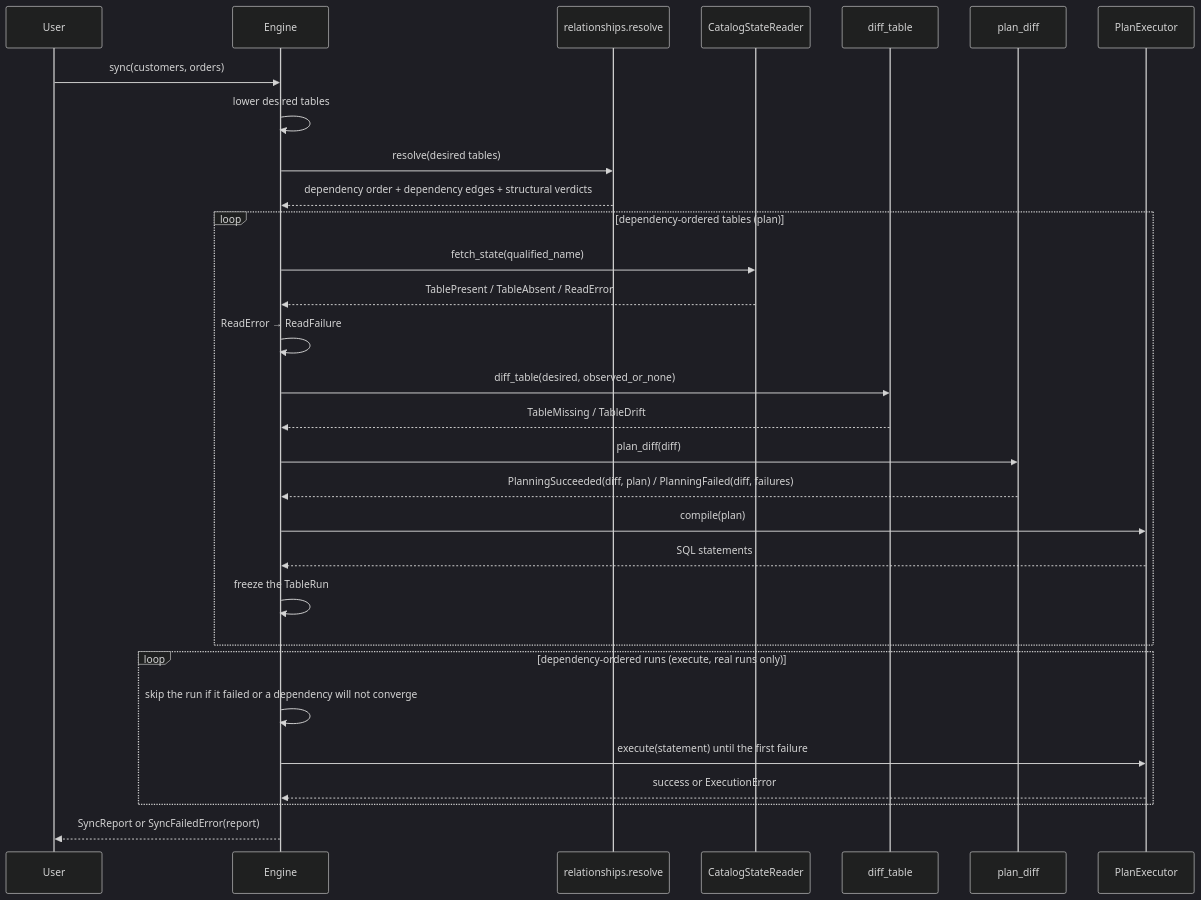
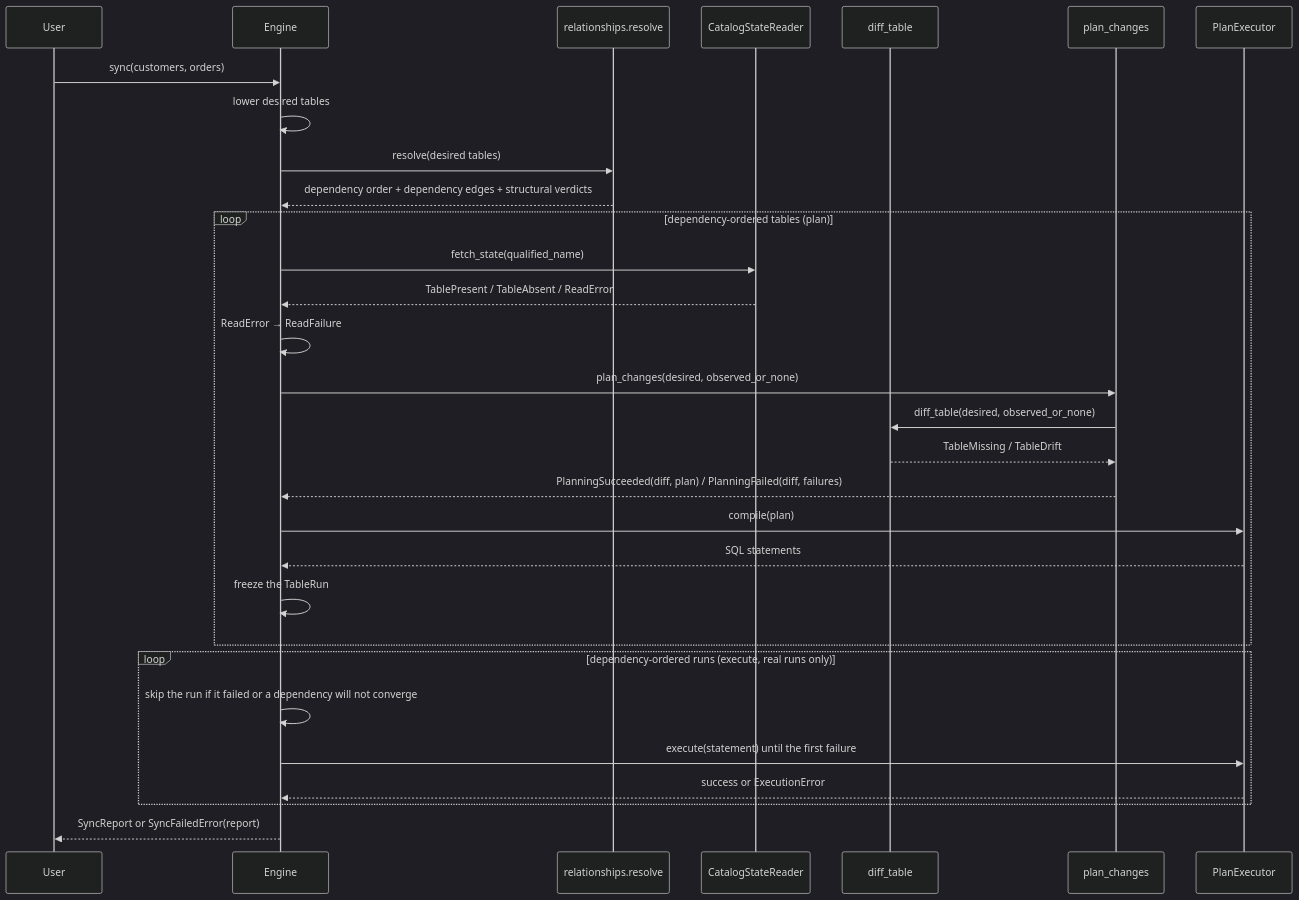
Before and after one commit to Tomoscorbin/delta-engine: the third of 5 diagrams in docs/explanation-architecture.md, drawn with Mermaid (dark theme). The commit also changed other lines of this file and 6 other files, not shown here.

````diff
--- a/docs/explanation-architecture.md
+++ b/docs/explanation-architecture.md
@@ -277,33 +277,33 @@
 ```mermaid
 sequenceDiagram
     participant User
     participant Engine
     participant Resolver as relationships.resolve
     participant Reader as CatalogStateReader
     participant Differ as diff_table
-    participant Planner as plan_diff
+    participant Planner as plan_changes
     participant Executor as PlanExecutor
 
     User->>Engine: sync(customers, orders)
     Engine->>Engine: lower desired tables
     Engine->>Resolver: resolve(desired tables)
     Resolver-->>Engine: dependency order + dependency edges + structural verdicts
     loop dependency-ordered tables (plan)
         Engine->>Reader: fetch_state(qualified_name)
         Reader-->>Engine: TablePresent / TableAbsent / ReadError
         Engine->>Engine: ReadError → ReadFailure
-        Engine->>Differ: diff_table(desired, observed_or_none)
-        Differ-->>Engine: TableMissing / TableDrift
-        Engine->>Planner: plan_diff(diff)
+        Engine->>Planner: plan_changes(desired, observed_or_none)
+        Planner->>Differ: diff_table(desired, observed_or_none)
+        Differ-->>Planner: TableMissing / TableDrift
         Planner-->>Engine: PlanningSucceeded(diff, plan) / PlanningFailed(diff, failures)
         Engine->>Executor: compile(plan)
         Executor-->>Engine: SQL statements
         Engine->>Engine: freeze the TableRun
     end
     loop dependency-ordered runs (execute, real runs only)
         Engine->>Engine: skip the run if it failed or a dependency will not converge
         Engine->>Executor: execute(statement) until the first failure
         Executor-->>Engine: success or ExecutionError
     end
     Engine-->>User: SyncReport or SyncFailedError(report)
 ```
````
